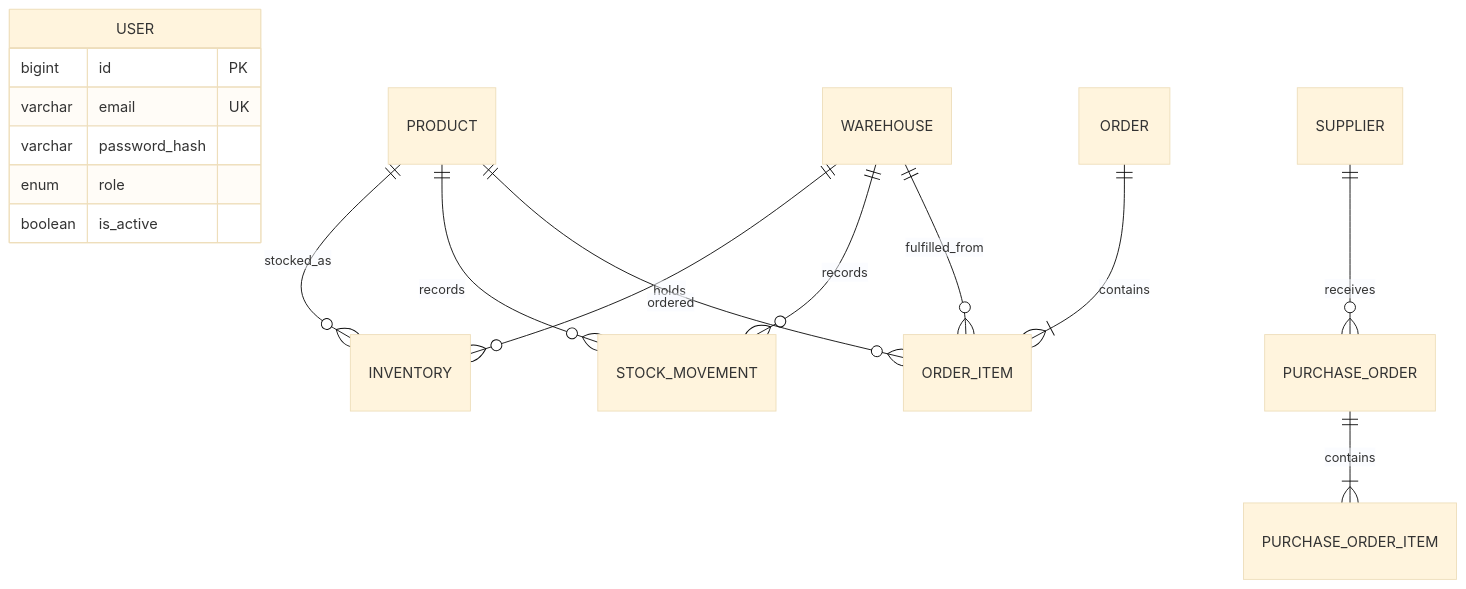
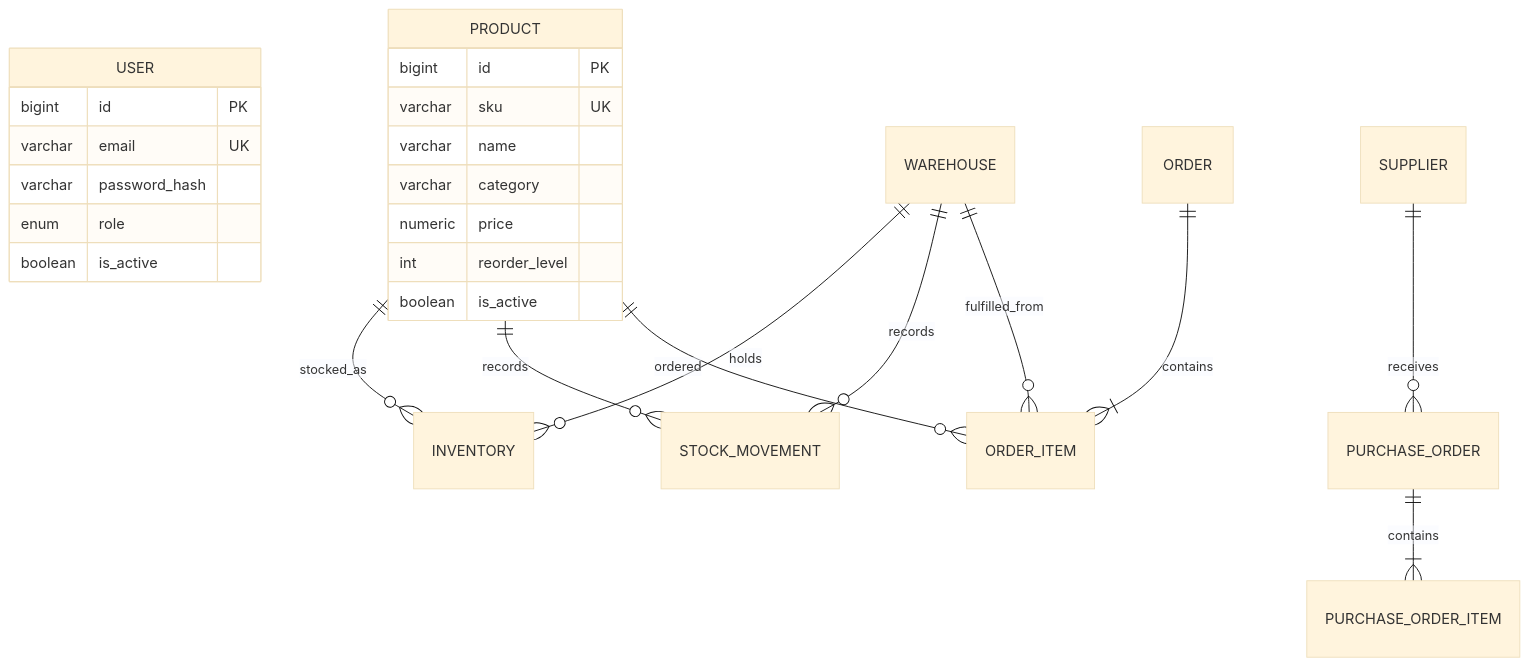
Before and after one commit to Singatha/inventory-managment: the diagram in docs/database.md, drawn with Mermaid (base theme). The commit also changed other lines of this file and 27 other files, not shown here.

````diff
--- a/docs/database.md
+++ b/docs/database.md
@@ -11,19 +11,28 @@
 ```mermaid
 erDiagram
     USER {
         bigint id PK
         varchar email UK
         varchar password_hash
         enum role
+        boolean is_active
+    }
+    PRODUCT {
+        bigint id PK
+        varchar sku UK
+        varchar name
+        varchar category
+        numeric price
+        int reorder_level
         boolean is_active
     }
     PRODUCT ||--o{ INVENTORY : stocked_as
     WAREHOUSE ||--o{ INVENTORY : holds
     PRODUCT ||--o{ STOCK_MOVEMENT : records
     WAREHOUSE ||--o{ STOCK_MOVEMENT : records
     ORDER ||--|{ ORDER_ITEM : contains
     PRODUCT ||--o{ ORDER_ITEM : ordered
     WAREHOUSE ||--o{ ORDER_ITEM : fulfilled_from
     SUPPLIER ||--o{ PURCHASE_ORDER : receives
     PURCHASE_ORDER ||--|{ PURCHASE_ORDER_ITEM : contains
 ```
````
